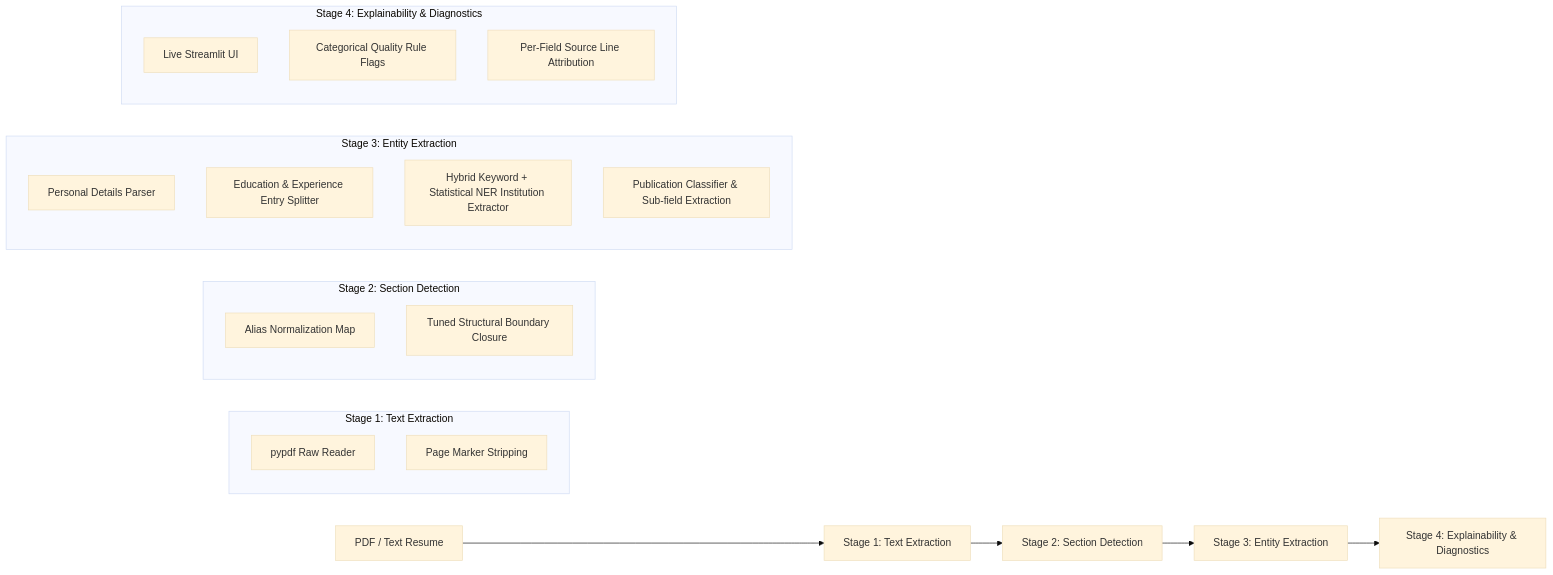
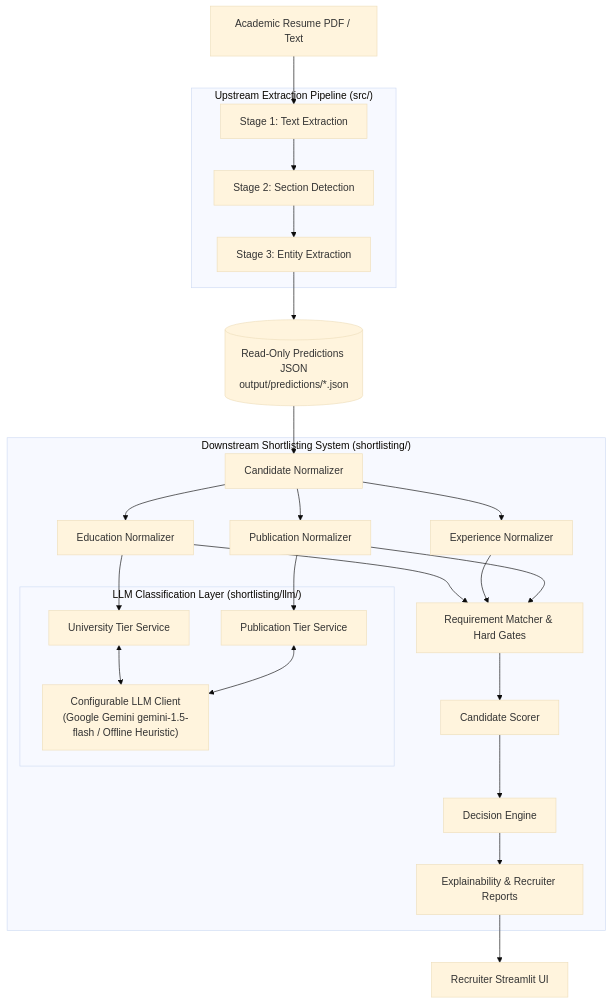
Before and after one commit to shrey-sp4/NLU-Based-Resume-Information-Extraction-and-Recruitment-System: the diagram in README.md, drawn with Mermaid (base theme). The commit also changed other lines of this file and 9 other files, not shown here.

Commit message:
feat: integrate Gemini shortlisting and update README

````diff
--- a/README.md
+++ b/README.md
@@ -11,30 +23,37 @@
 ```mermaid
-flowchart LR
-    A[PDF / Text Resume] --> B[Stage 1: Text Extraction]
+flowchart TD
+    A[Academic Resume PDF / Text] --> B[Stage 1: Text Extraction]
     B --> C[Stage 2: Section Detection]
     C --> D[Stage 3: Entity Extraction]
-    D --> E[Stage 4: Explainability & Diagnostics]
+    D --> E[(Read-Only Predictions JSON<br/>output/predictions/*.json)]
 
-    subgraph Stage 1: Text Extraction
-    B1[pypdf Raw Reader]
-    B2[Page Marker Stripping]
+    subgraph "Upstream Extraction Pipeline (src/)"
+        B
+        C
+        D
     end
 
-    subgraph Stage 2: Section Detection
-    C1[Alias Normalization Map]
-    C2[Tuned Structural Boundary Closure]
+    E --> F[Candidate Normalizer]
+    
+    subgraph "Downstream Shortlisting System (shortlisting/)"
+        F --> G[Education Normalizer]
+        F --> H[Experience Normalizer]
+        F --> I[Publication Normalizer]
+        
+        G --> J[University Tier Service]
+        I --> K[Publication Tier Service]
+        
+        subgraph "LLM Classification Layer (shortlisting/llm/)"
+            L["Configurable LLM Client<br/>(Google Gemini gemini-1.5-flash / Offline Heuristic)"]
+            J <--> L
+            K <--> L
+        end
+        
+        G & H & I --> M[Requirement Matcher & Hard Gates]
+        M --> N[Candidate Scorer]
+        N --> O[Decision Engine]
+        O --> P[Explainability & Recruiter Reports]
     end
 
-    subgraph Stage 3: Entity Extraction
-    D1[Personal Details Parser]
-    D2[Education & Experience Entry Splitter]
-    D3[Hybrid Keyword + Statistical NER Institution Extractor]
-    D4[Publication Classifier & Sub-field Extraction]
-    end
-
-    subgraph Stage 4: Explainability & Diagnostics
-    E1[Live Streamlit UI]
-    E2[Categorical Quality Rule Flags]
-    E3[Per-Field Source Line Attribution]
-    end
+    P --> Q[Recruiter Streamlit UI]
 ```
````
